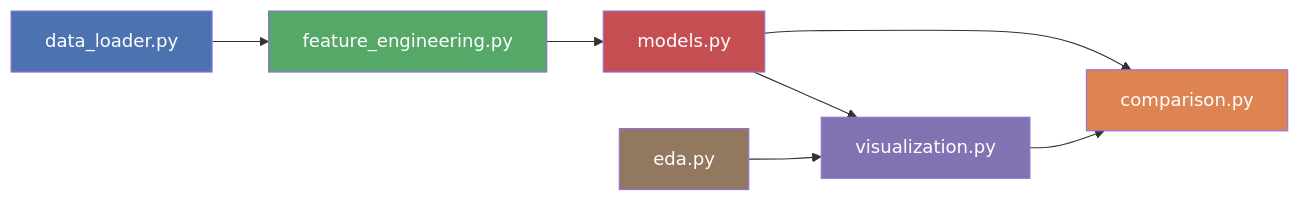
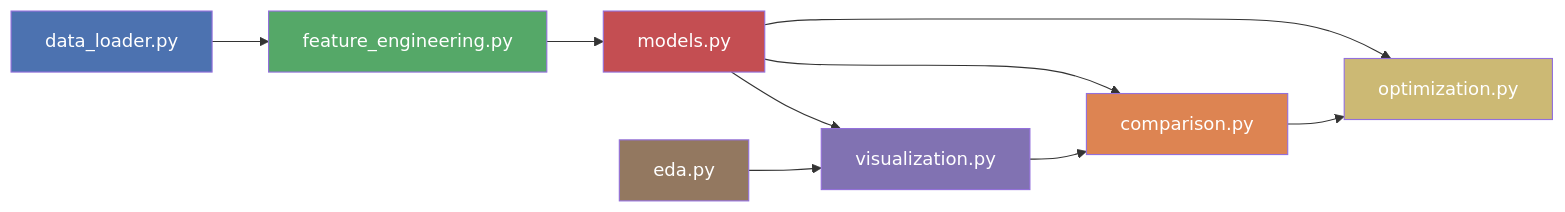
Before and after one commit to Elaina69/Project_Machine-Learning: the second of 2 diagrams in .docs/workflow.md, drawn with Mermaid. The commit also changed other lines of this file and 30 other files, not shown here.

````diff
--- a/.docs/workflow.md
+++ b/.docs/workflow.md
@@ -363,16 +438,19 @@
 ```mermaid
 graph LR
     DL["data_loader.py"] --> FE["feature_engineering.py"]
     FE --> MD["models.py"]
     MD --> VZ["visualization.py"]
     MD --> CP["comparison.py"]
+    MD --> OP["optimization.py"]
     VZ --> CP
+    CP --> OP
     EDA["eda.py"] --> VZ
     
     style DL fill:#4C72B0,color:#fff
     style FE fill:#55A868,color:#fff
     style MD fill:#C44E52,color:#fff
     style VZ fill:#8172B2,color:#fff
     style CP fill:#DD8452,color:#fff
     style EDA fill:#937860,color:#fff
+    style OP fill:#CCB974,color:#fff
 ```
````
